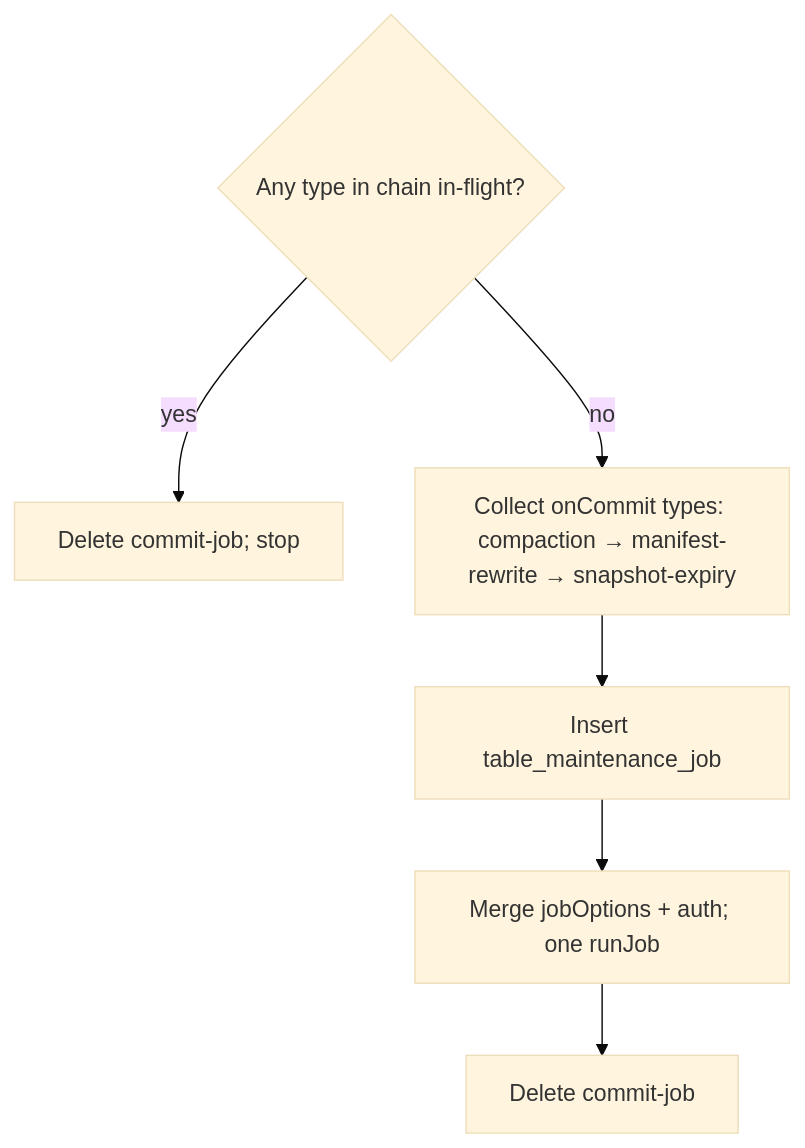
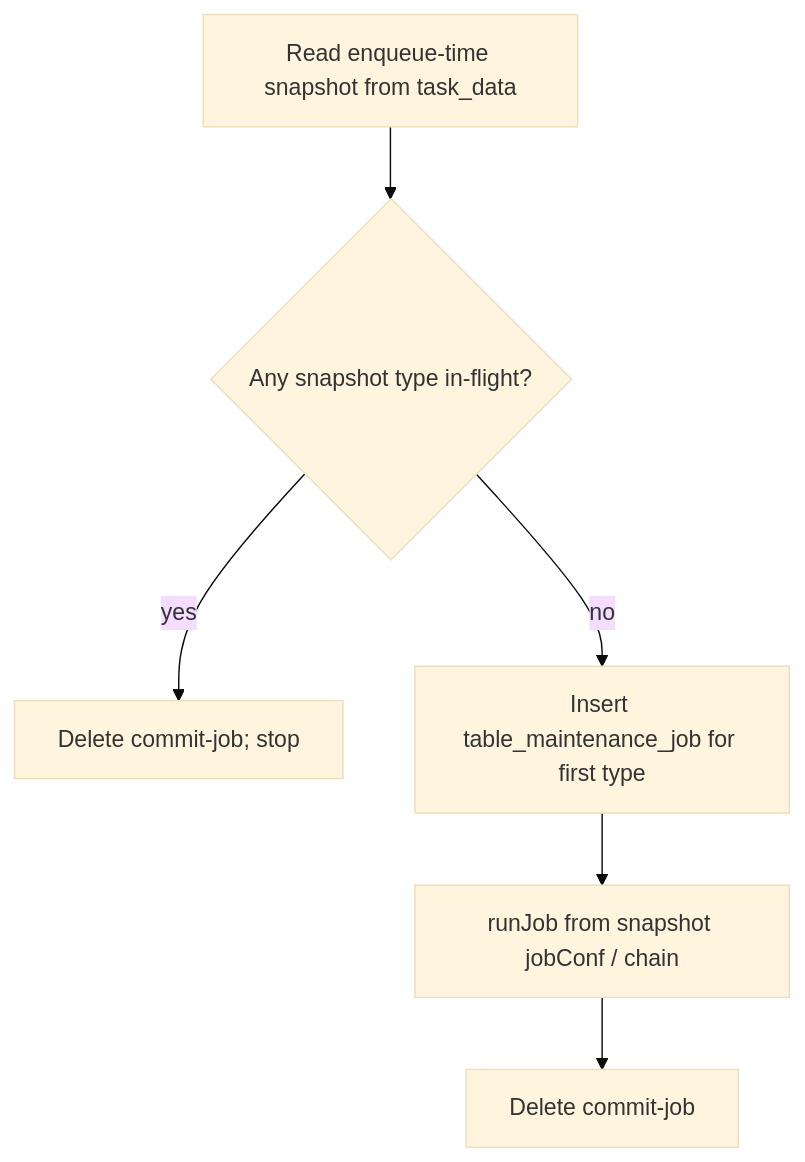
One commit to lasdf1234/gravitino changed the fourth of 6 diagrams in design-docs/table-maintenance-service-design.md. Above: the diagram before and after it, drawn with Mermaid (base theme). The commit also changed other lines of this file and 1 other file, not shown here.

First line of the commit message:
[#14020] feat(tms): Commit-pool submit pipeline and early-spec docs

````diff
--- a/design-docs/table-maintenance-service-design.md
+++ b/design-docs/table-maintenance-service-design.md
@@ -403,8 +423,8 @@
 ```mermaid
 flowchart TD
-  A{Any type in chain in-flight?} -->|yes| Z[Delete commit-job; stop]
-  A -->|no| B["Collect onCommit types: compaction → manifest-rewrite → snapshot-expiry"]
-  B --> C[Insert table_maintenance_job]
-  C --> D[Merge jobOptions + auth; one runJob]
+  A[Read enqueue-time snapshot from task_data] --> B{Any snapshot type in-flight?}
+  B -->|yes| Z[Delete commit-job; stop]
+  B -->|no| C[Insert table_maintenance_job for first type]
+  C --> D[runJob from snapshot jobConf / chain]
   D --> E[Delete commit-job]
 ```
````
